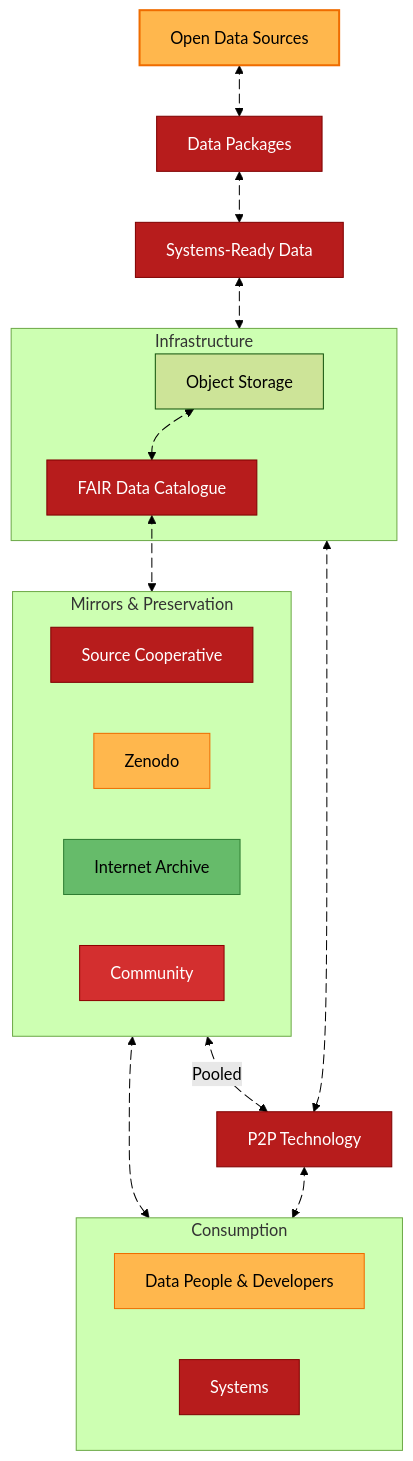
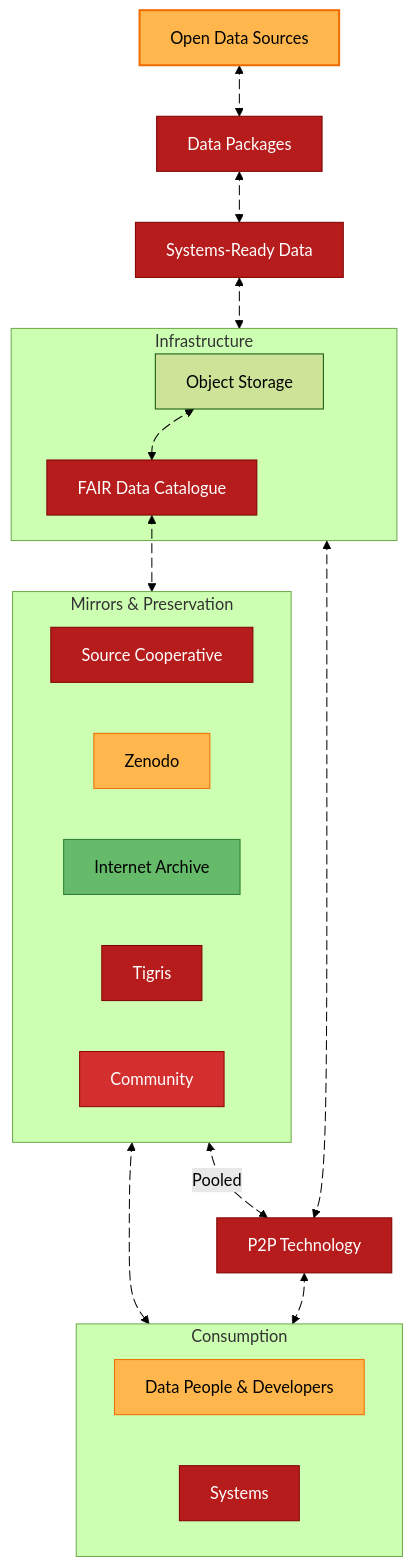
Before and after one commit to dataforcanada/www.dataforcanada.org: the first of 2 diagrams in content/docs/d4c-infra-distribution/_index.md, drawn with Mermaid (forest theme).

Commit message:
Add Tigris mirror

```diff
--- a/content/docs/d4c-infra-distribution/_index.md
+++ b/content/docs/d4c-infra-distribution/_index.md
@@ -18,6 +18,7 @@
         SourceCoop[Source Cooperative]
         Zenodo[Zenodo]
         InternetArchive[Internet Archive]
+        Tigris[Tigris]
         Community[Community]
     end
 
@@ -75,6 +76,7 @@
     style Processes fill:#B71C1C,stroke:#7F0000,color:#FFFFFF
     class Processes Processes
     style SourceCoop fill:#B71C1C,stroke:#7F0000,color:#FFFFFF
+    style Tigris fill:#B71C1C,stroke:#7F0000,color:#FFFFFF
     style Zenodo fill:#FFB74D,stroke:#EF6C00,color:#000000
     style Community fill:#D32F2F,stroke:#8E0000,color:#FFFFFF
     style P2P fill:#B71C1C,stroke:#7F0000,color:#FFFFFF
@@ -83,6 +85,7 @@
     style Systems fill:#B71C1C,stroke:#7F0000,color:#FFFFFF
     
     %% Click Actions
+    click Tigris "https://www.tigrisdata.com/docs/overview/" _blank
     click Sources "https://www.dataforcanada.org/#high-level-overview" _blank
     click Processes "https://www.dataforcanada.org/docs/processes/" _blank
     click Artifacts "https://www.dataforcanada.org/docs/getting_started/" _blank
```
